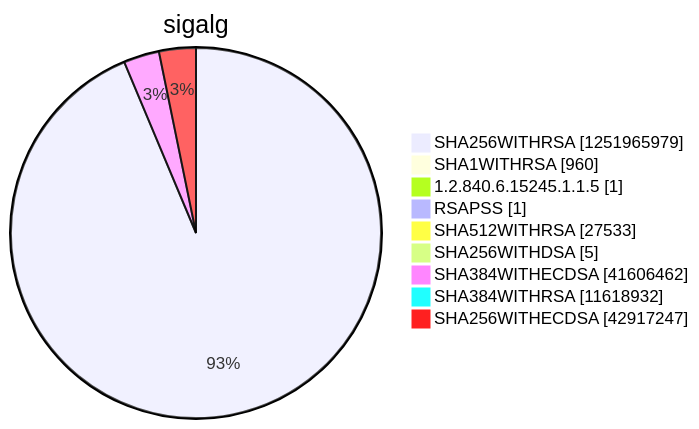
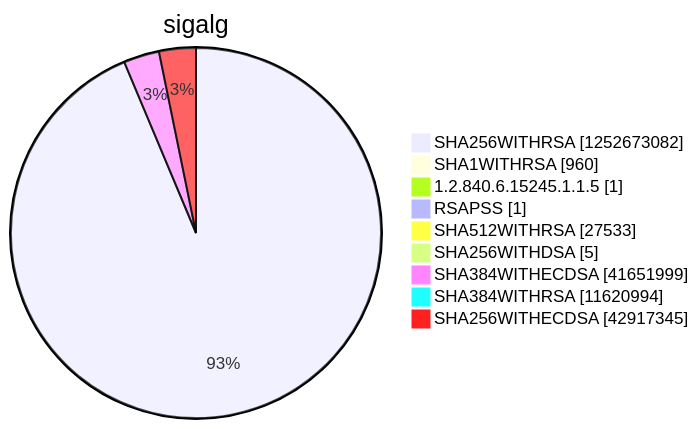
Diagram 15 of 15 in argon2022/README.md (christiankrug/ctmonitor_visualization), drawn with Mermaid before and after one commit. The commit also changed other lines of this file, not shown here.

````diff
--- a/argon2022/README.md
+++ b/argon2022/README.md
@@ -5522,13 +5522,13 @@
 ```mermaid
 pie showData
 title sigalg
-"SHA256WITHRSA" :1251965979
+"SHA256WITHRSA" :1252673082
 "SHA1WITHRSA" :960
 "1.2.840.6.15245.1.1.5" :1
 "RSAPSS" :1
 "SHA512WITHRSA" :27533
 "SHA256WITHDSA" :5
-"SHA384WITHECDSA" :41606462
-"SHA384WITHRSA" :11618932
-"SHA256WITHECDSA" :42917247
+"SHA384WITHECDSA" :41651999
+"SHA384WITHRSA" :11620994
+"SHA256WITHECDSA" :42917345
 ```
````
